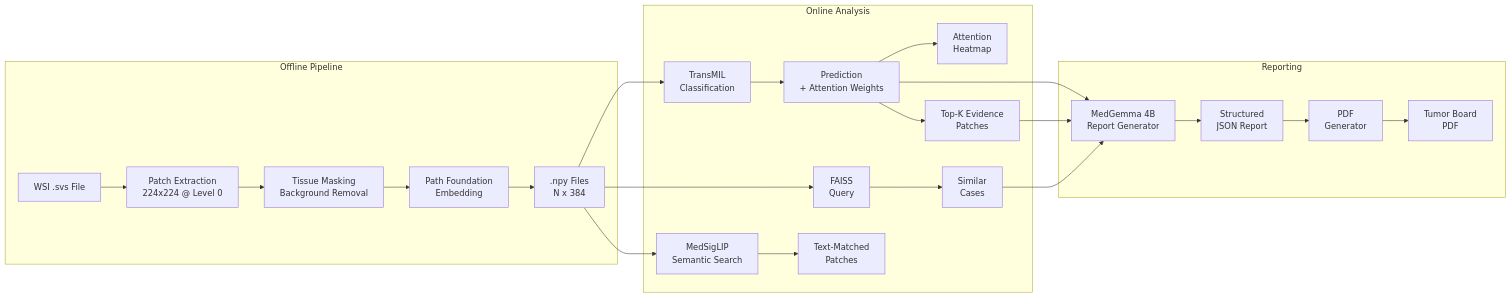
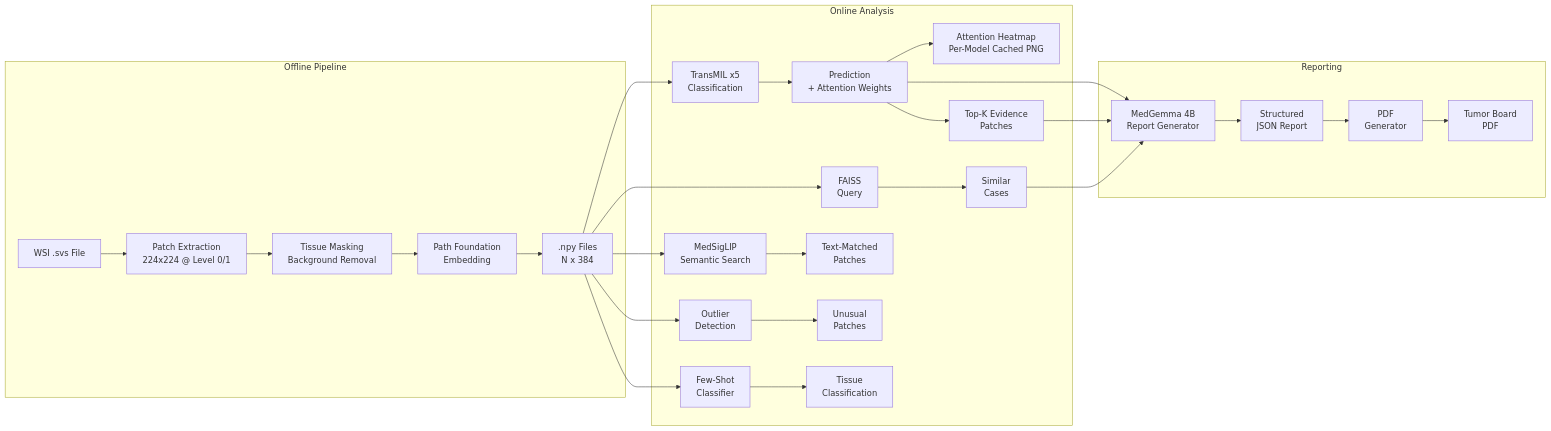
The second of 5 diagrams in TECHNICAL_SPECIFICATION.md (Hilo-Hilo/enso-atlas), drawn with Mermaid before and after one commit. The commit also changed other lines of this file, not shown here.

````diff
--- a/TECHNICAL_SPECIFICATION.md
+++ b/TECHNICAL_SPECIFICATION.md
@@ -175,29 +227,33 @@
 ```mermaid
 flowchart LR
     subgraph "Offline Pipeline"
-        WSI[WSI .svs File] --> PATCH[Patch Extraction<br/>224x224 @ Level 0]
+        WSI[WSI .svs File] --> PATCH[Patch Extraction<br/>224x224 @ Level 0/1]
         PATCH --> TISSUE[Tissue Masking<br/>Background Removal]
         TISSUE --> PF_EMB[Path Foundation<br/>Embedding]
         PF_EMB --> NPY[.npy Files<br/>N x 384]
     end
 
     subgraph "Online Analysis"
-        NPY --> TRANSMIL[TransMIL<br/>Classification]
+        NPY --> TRANSMIL[TransMIL x5<br/>Classification]
         TRANSMIL --> PRED[Prediction<br/>+ Attention Weights]
-        PRED --> HEATMAP[Attention<br/>Heatmap]
+        PRED --> HEATMAP[Attention Heatmap<br/>Per-Model Cached PNG]
         PRED --> EVIDENCE[Top-K Evidence<br/>Patches]
         NPY --> FAISS_Q[FAISS<br/>Query]
         FAISS_Q --> SIMILAR[Similar<br/>Cases]
         NPY --> SIGLIP[MedSigLIP<br/>Semantic Search]
         SIGLIP --> TEXT_MATCH[Text-Matched<br/>Patches]
+        NPY --> OUTLIER[Outlier<br/>Detection]
+        OUTLIER --> UNUSUAL[Unusual<br/>Patches]
+        NPY --> FEWSHOT[Few-Shot<br/>Classifier]
+        FEWSHOT --> TISSUE_MAP[Tissue<br/>Classification]
     end
 
     subgraph "Reporting"
         PRED --> MEDGEMMA[MedGemma 4B<br/>Report Generator]
         EVIDENCE --> MEDGEMMA
         SIMILAR --> MEDGEMMA
         MEDGEMMA --> JSON_REPORT[Structured<br/>JSON Report]
         JSON_REPORT --> PDF_GEN[PDF<br/>Generator]
         PDF_GEN --> PDF_OUT[Tumor Board<br/>PDF]
     end
 ```
````
